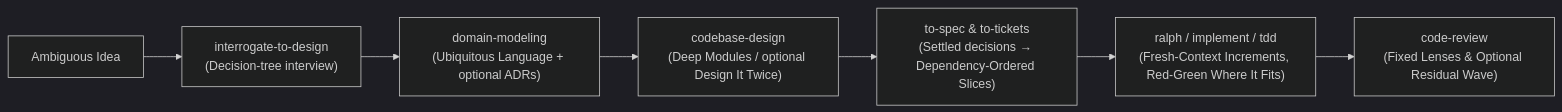
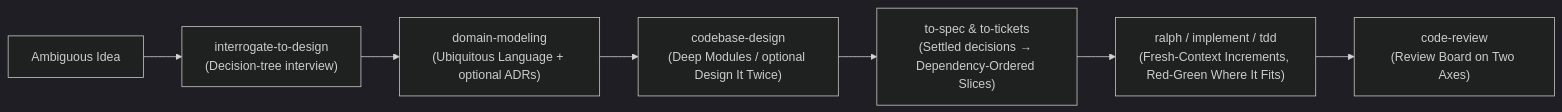
The seventh of 7 diagrams in README.md (z3z1ma/apple-pi), drawn with Mermaid (dark theme) before and after one commit. The commit also changed other lines of this file and 14 other files, not shown here.

Commit message:
feat(skills): run code-review as a review board of standing people

````diff
--- a/README.md
+++ b/README.md
@@ -460,9 +460,9 @@
 ```mermaid
 flowchart LR
     Amb["Ambiguous Idea"] --> Interrogate["interrogate-to-design<br/>(Decision-tree interview)"]
     Interrogate --> Domain["domain-modeling<br/>(Ubiquitous Language + optional ADRs)"]
     Domain --> Design["codebase-design<br/>(Deep Modules / optional Design It Twice)"]
     Design --> Spec["to-spec & to-tickets<br/>(Settled decisions → Dependency-Ordered Slices)"]
     Spec --> Loop["ralph / implement / tdd<br/>(Fresh-Context Increments, Red-Green Where It Fits)"]
-    Loop --> Review["code-review<br/>(Fixed Lenses & Optional Residual Wave)"]
+    Loop --> Review["code-review<br/>(Review Board on Two Axes)"]
 ```
````
